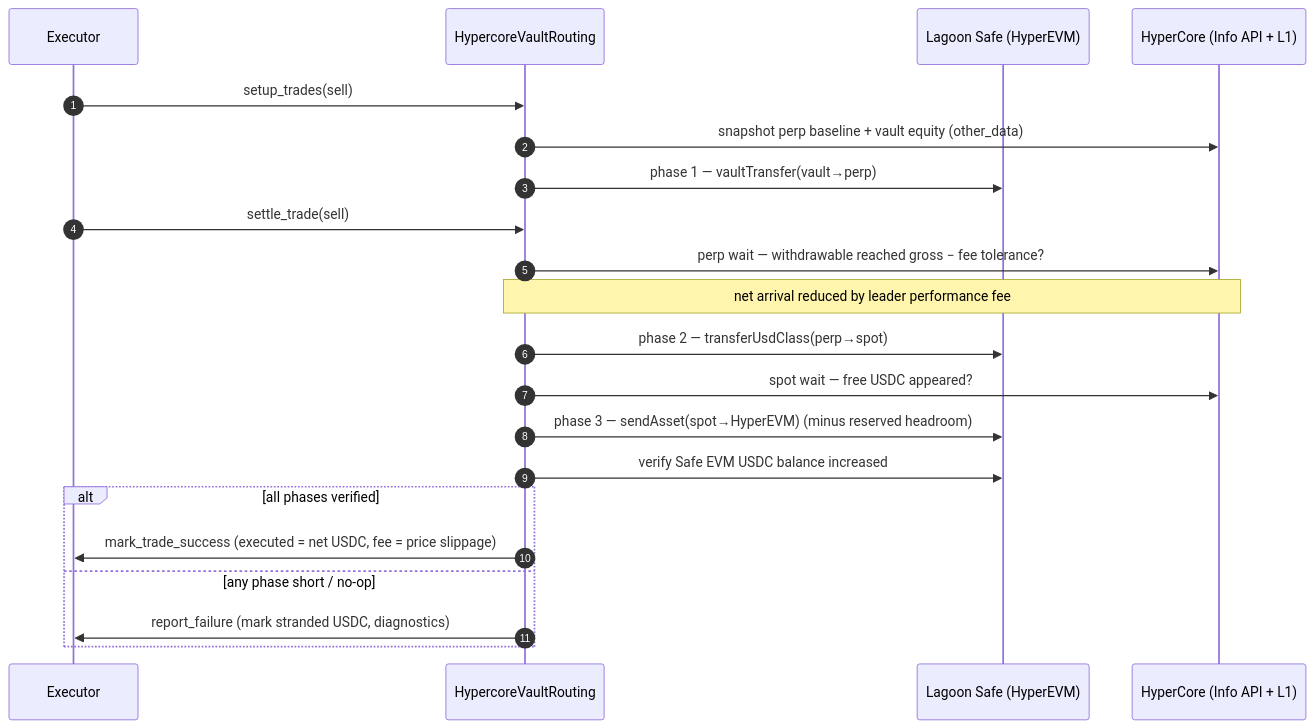
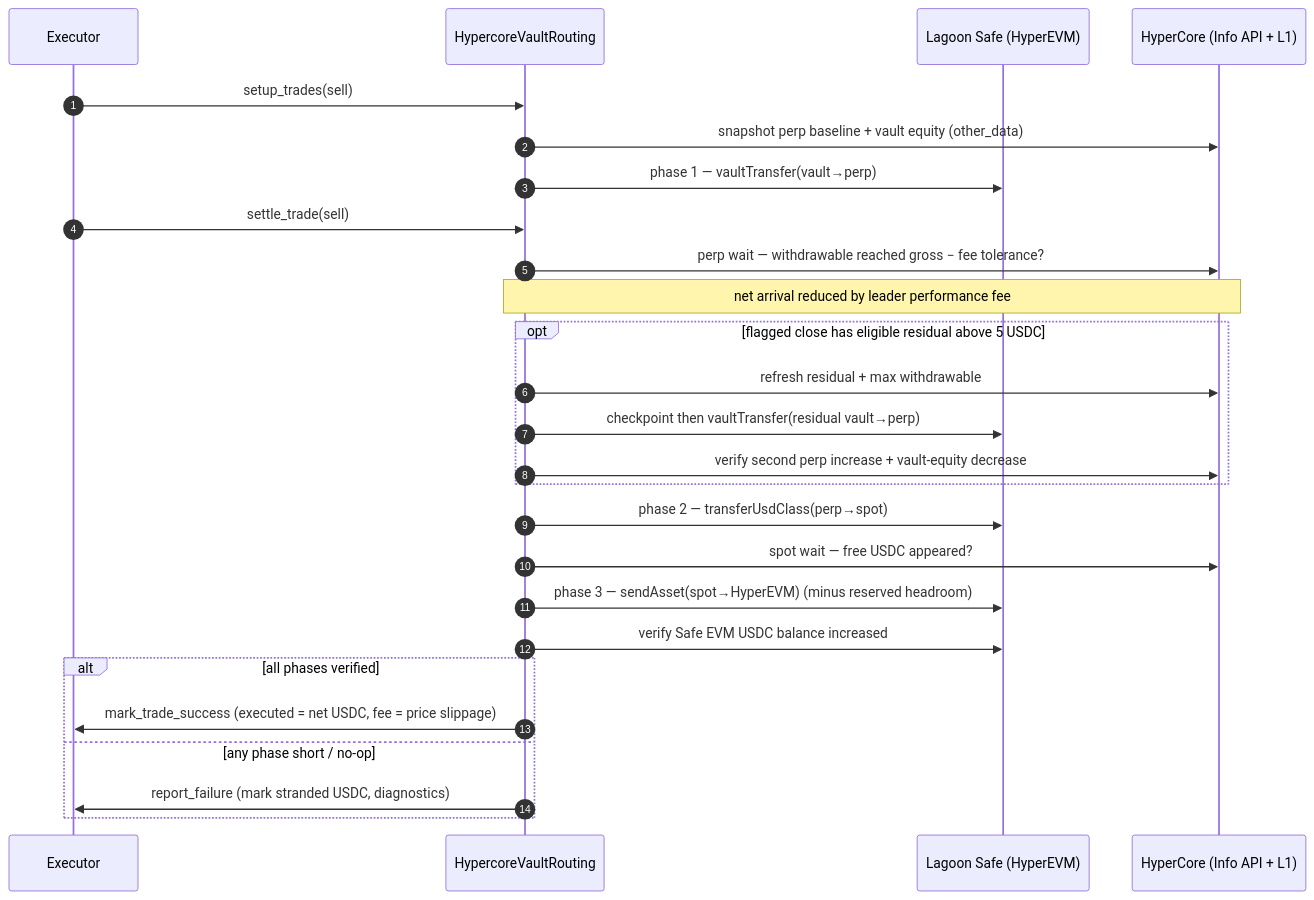
Before and after one commit to tradingstrategy-ai/trade-executor: the second of 3 diagrams in .claude/docs/hypercore-vault.md, drawn with Mermaid. The commit also changed other lines of this file and 19 other files, not shown here.

````diff
--- a/.claude/docs/hypercore-vault.md
+++ b/.claude/docs/hypercore-vault.md
@@ -337,24 +346,29 @@
 ```mermaid
 sequenceDiagram
     autonumber
     participant EX as Executor
     participant R as HypercoreVaultRouting
     participant Safe as Lagoon Safe (HyperEVM)
     participant HC as HyperCore (Info API + L1)
 
     EX->>R: setup_trades(sell)
     R->>HC: snapshot perp baseline + vault equity (other_data)
     R->>Safe: phase 1 — vaultTransfer(vault→perp)
     EX->>R: settle_trade(sell)
     R->>HC: perp wait — withdrawable reached gross − fee tolerance?
     Note over R,HC: net arrival reduced by leader performance fee
+    opt flagged close has eligible residual above 5 USDC
+        R->>HC: refresh residual + max withdrawable
+        R->>Safe: checkpoint then vaultTransfer(residual vault→perp)
+        R->>HC: verify second perp increase + vault-equity decrease
+    end
     R->>Safe: phase 2 — transferUsdClass(perp→spot)
     R->>HC: spot wait — free USDC appeared?
     R->>Safe: phase 3 — sendAsset(spot→HyperEVM) (minus reserved headroom)
     R->>Safe: verify Safe EVM USDC balance increased
     alt all phases verified
         R->>EX: mark_trade_success (executed = net USDC, fee = price slippage)
     else any phase short / no-op
         R->>EX: report_failure (mark stranded USDC, diagnostics)
     end
 ```
````
